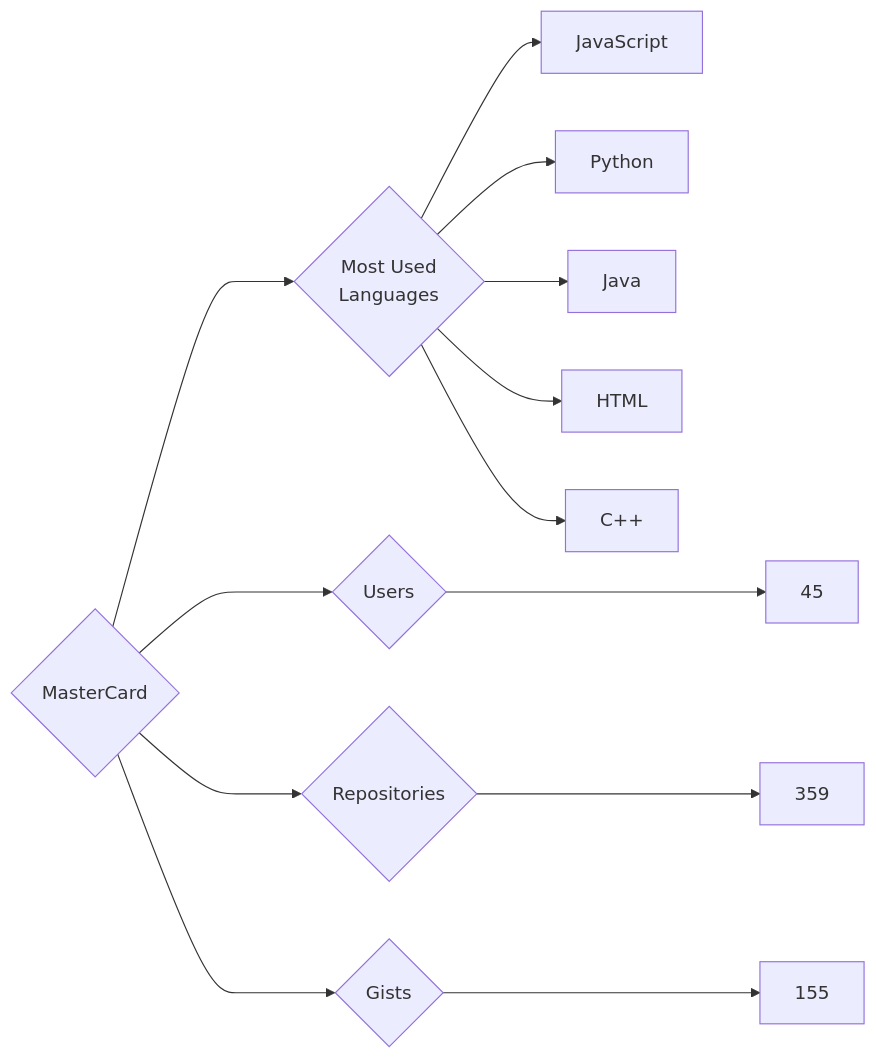
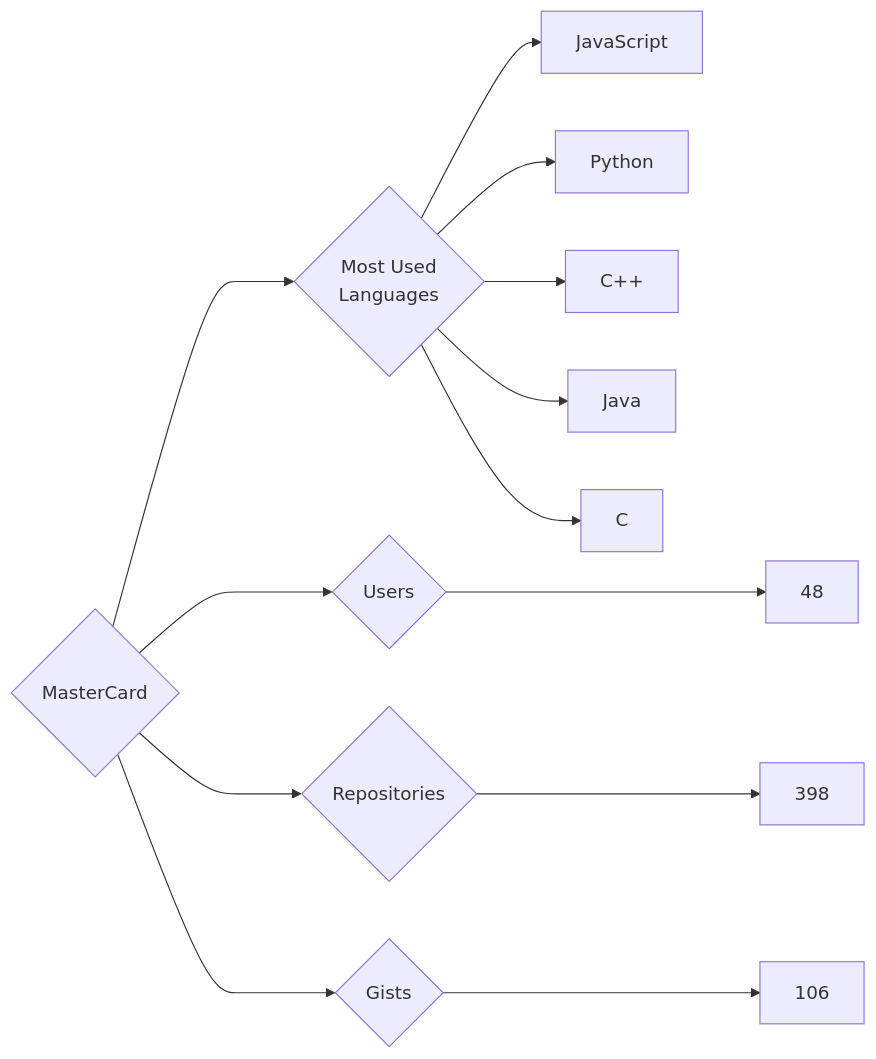
One commit to trickest/insiders changed the diagram in targets/MasterCard/README.md. Above: the diagram before and after it, drawn with Mermaid. The commit also changed 1011 other files, not shown here.

````diff
--- a/targets/MasterCard/README.md
+++ b/targets/MasterCard/README.md
@@ -3,13 +3,13 @@
 ```mermaid
 graph LR
 COMPANY_NAME{MasterCard}
-COMPANY_NAME ---> U{Users} ---> UN[45]
-COMPANY_NAME ---> R{Repositories} ---> RN[359]
-COMPANY_NAME ---> G{Gists} ---> GN[155]
+COMPANY_NAME ---> U{Users} ---> UN[48]
+COMPANY_NAME ---> R{Repositories} ---> RN[398]
+COMPANY_NAME ---> G{Gists} ---> GN[106]
 COMPANY_NAME ---> ML{Most Used<br>Languages}
 ML --> JavaScript[JavaScript]
 ML --> Python[Python]
+ML --> C++[C++]
 ML --> Java[Java]
-ML --> HTML[HTML]
-ML --> C++[C++]
+ML --> C[C]
 ```
````
